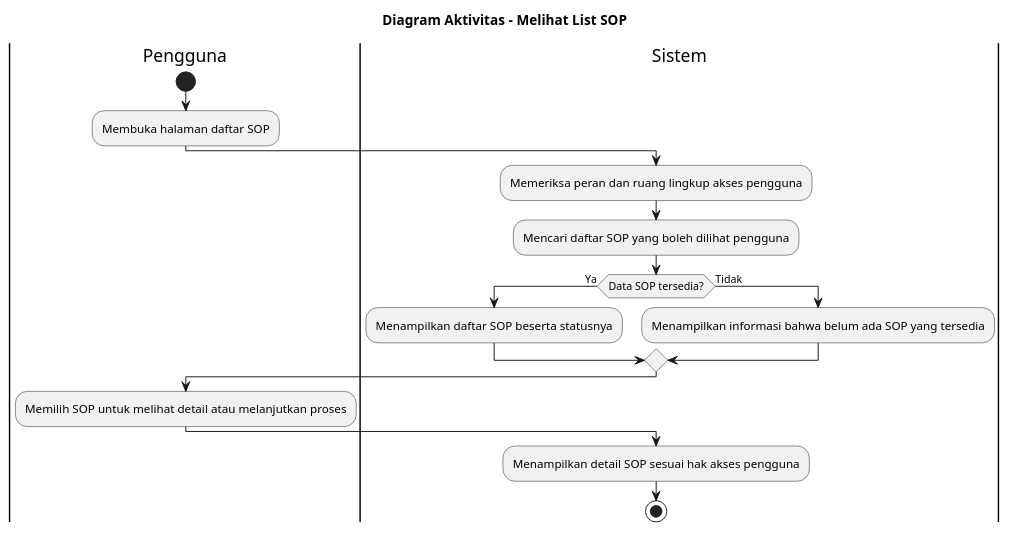
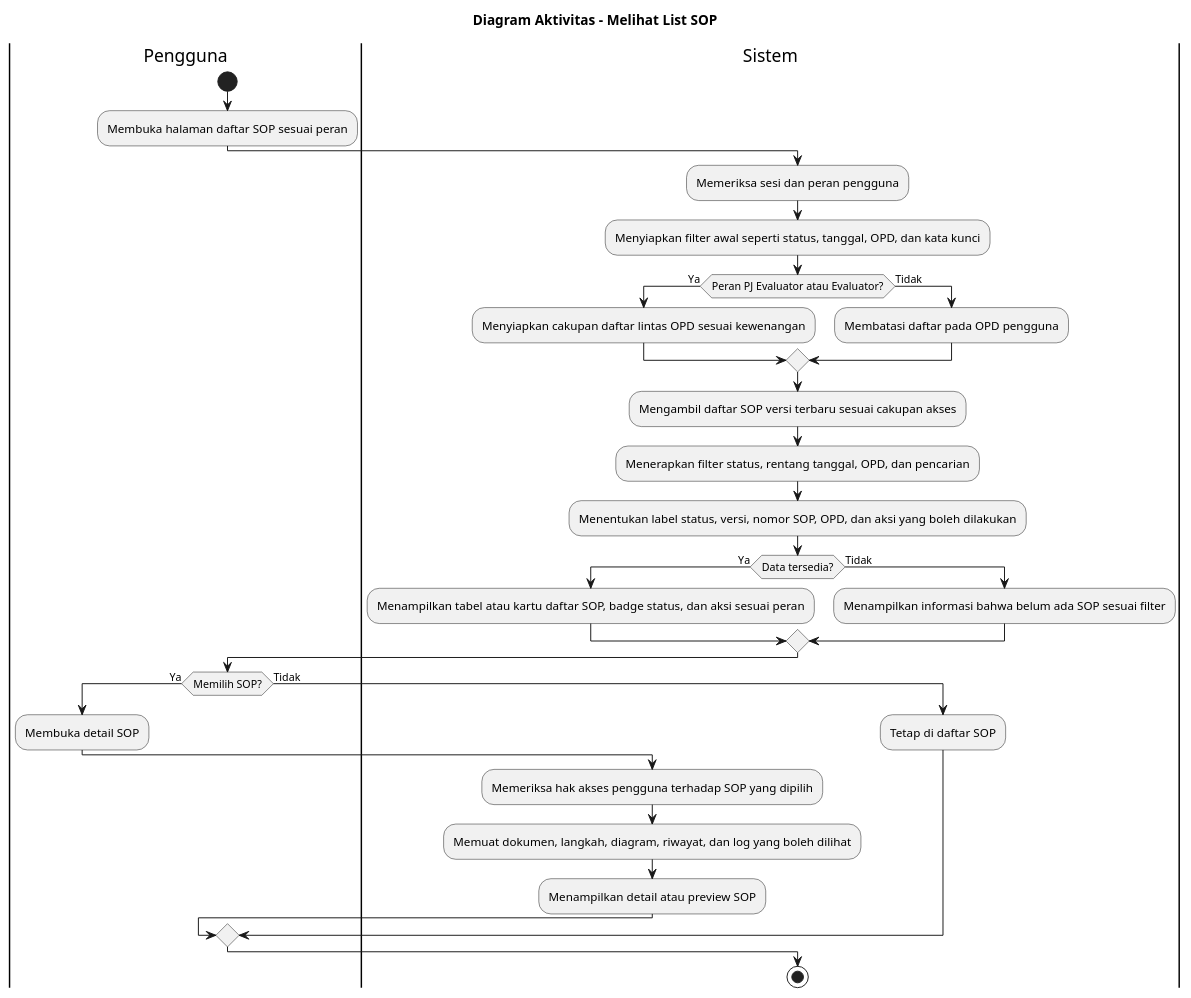
The diagram in docs/activity-diagram/lampiran/seluruh-pengguna-melihat-list-sop.md (howlil/sop-generate-app), drawn with PlantUML before and after one commit. The commit also changed other lines of this file and 90 other files, not shown here.

````diff
--- a/docs/activity-diagram/lampiran/seluruh-pengguna-melihat-list-sop.md
+++ b/docs/activity-diagram/lampiran/seluruh-pengguna-melihat-list-sop.md
@@ -16,26 +16,43 @@
 ```plantuml
 @startuml
 title Diagram Aktivitas - Melihat List SOP
 
 |Pengguna|
 start
-:Membuka halaman daftar SOP;
+:Membuka halaman daftar SOP sesuai peran;
 
 |Sistem|
-:Memeriksa peran dan ruang lingkup akses pengguna;
-:Mencari daftar SOP yang boleh dilihat pengguna;
-if (Data SOP tersedia?) then (Ya)
-  :Menampilkan daftar SOP beserta statusnya;
+:Memeriksa sesi dan peran pengguna;
+:Menyiapkan filter awal seperti status, tanggal, OPD, dan kata kunci;
+
+if (Peran PJ Evaluator atau Evaluator?) then (Ya)
+  :Menyiapkan cakupan daftar lintas OPD sesuai kewenangan;
 else (Tidak)
-  :Menampilkan informasi bahwa belum ada SOP yang tersedia;
+  :Membatasi daftar pada OPD pengguna;
+endif
+
+:Mengambil daftar SOP versi terbaru sesuai cakupan akses;
+:Menerapkan filter status, rentang tanggal, OPD, dan pencarian;
+:Menentukan label status, versi, nomor SOP, OPD, dan aksi yang boleh dilakukan;
+
+if (Data tersedia?) then (Ya)
+  :Menampilkan tabel atau kartu daftar SOP, badge status, dan aksi sesuai peran;
+else (Tidak)
+  :Menampilkan informasi bahwa belum ada SOP sesuai filter;
 endif
 
 |Pengguna|
-:Memilih SOP untuk melihat detail atau melanjutkan proses;
+if (Memilih SOP?) then (Ya)
+  :Membuka detail SOP;
 
-|Sistem|
-:Menampilkan detail SOP sesuai hak akses pengguna;
+  |Sistem|
+  :Memeriksa hak akses pengguna terhadap SOP yang dipilih;
+  :Memuat dokumen, langkah, diagram, riwayat, dan log yang boleh dilihat;
+  :Menampilkan detail atau preview SOP;
+else (Tidak)
+  :Tetap di daftar SOP;
+endif
 
 stop
 @enduml
 ```
````
